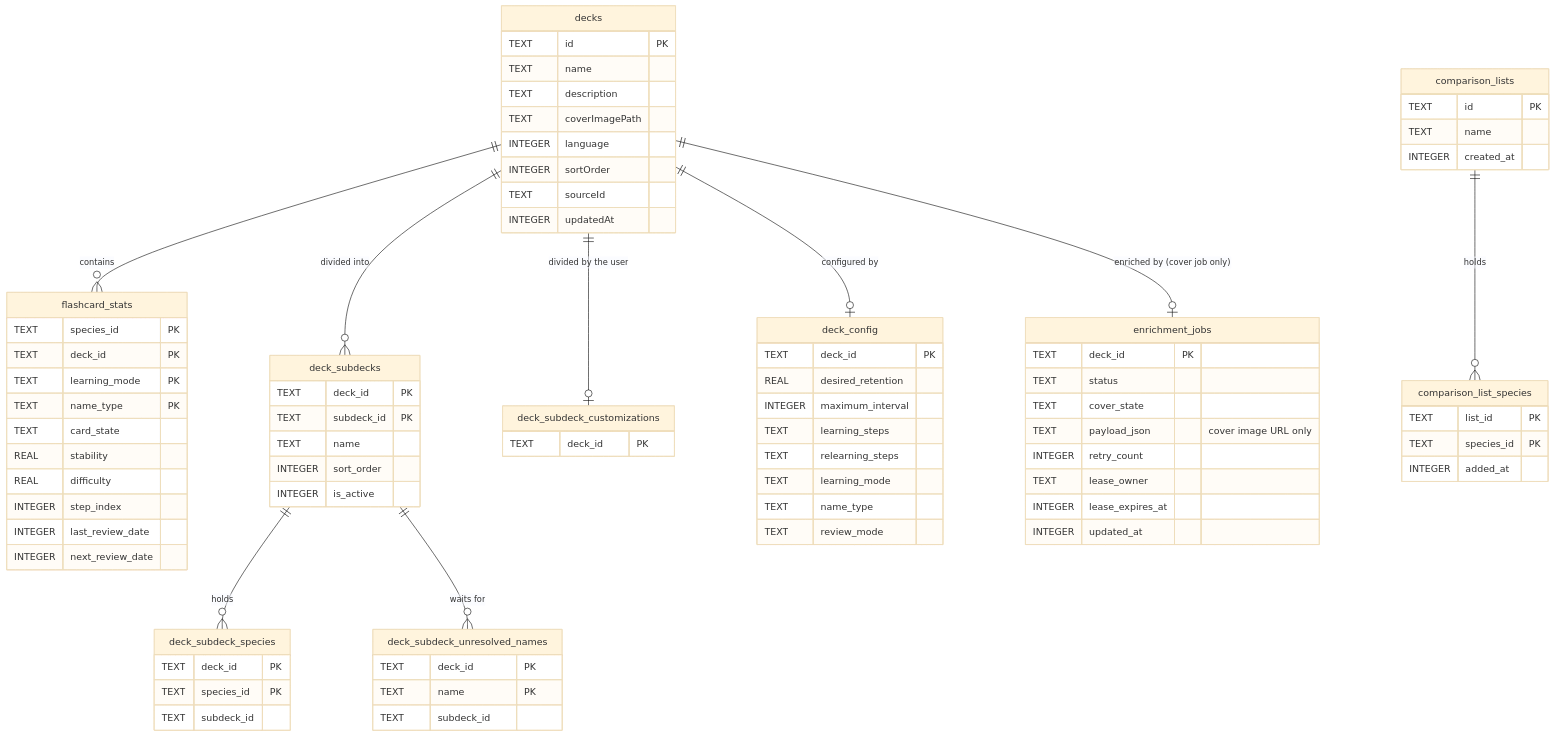
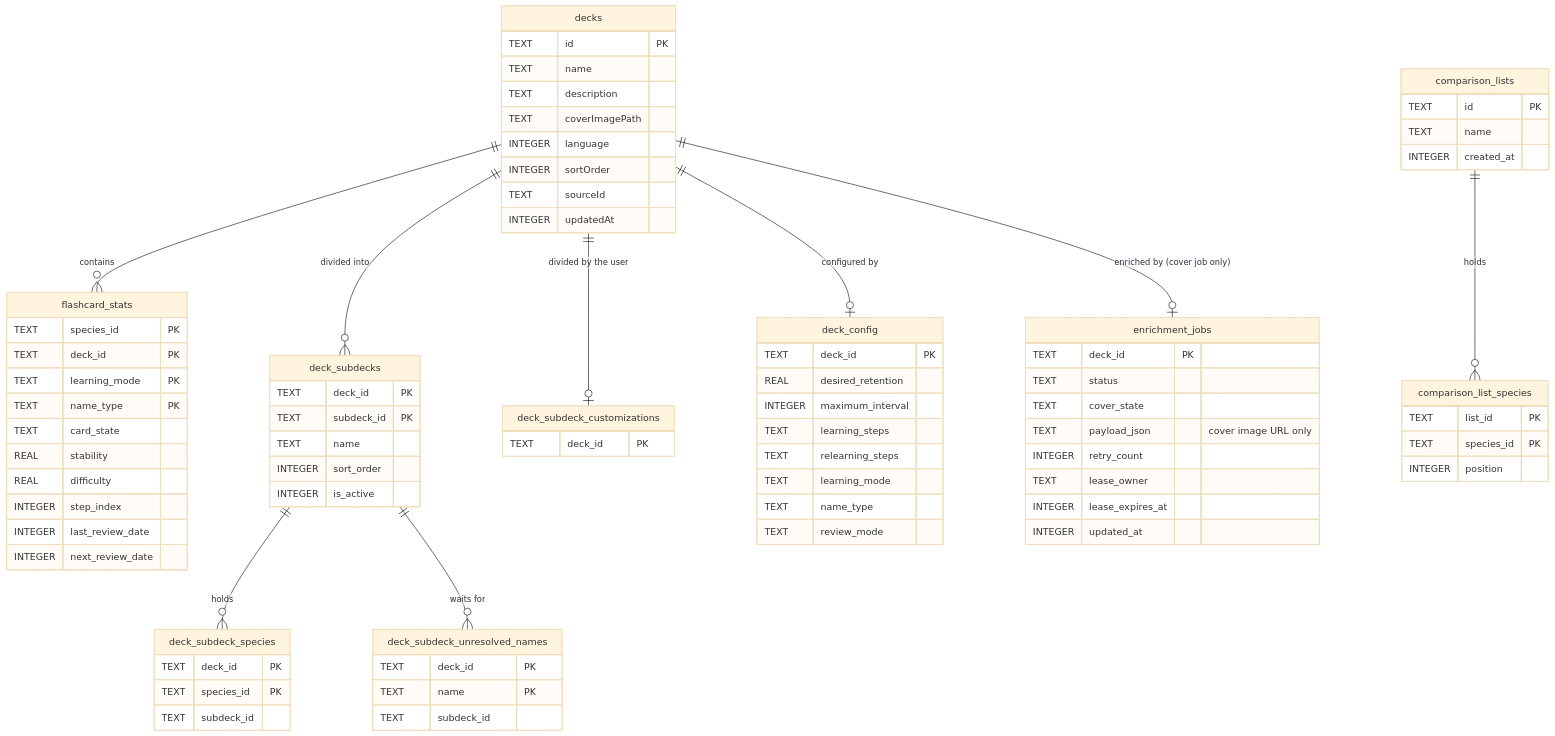
The diagram in docs/architecture-overview.md (discere-app/discere), drawn with Mermaid (base theme) before and after one commit. The commit also changed other lines of this file and 19 other files, not shown here.

```diff
--- a/docs/architecture-overview.md
+++ b/docs/architecture-overview.md
@@ -376,7 +376,7 @@
     comparison_list_species {
         TEXT list_id PK
         TEXT species_id PK
-        INTEGER added_at
+        INTEGER position
     }
 
     deck_config {
```
